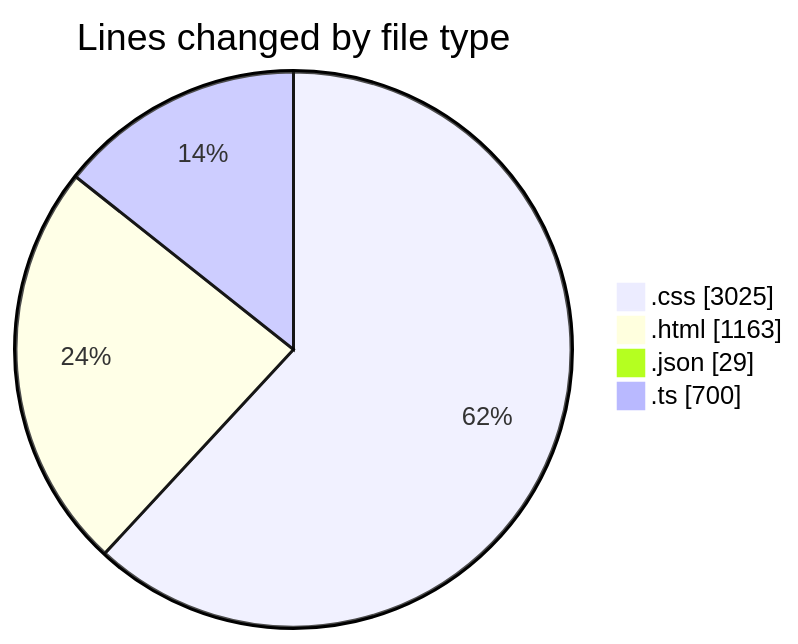
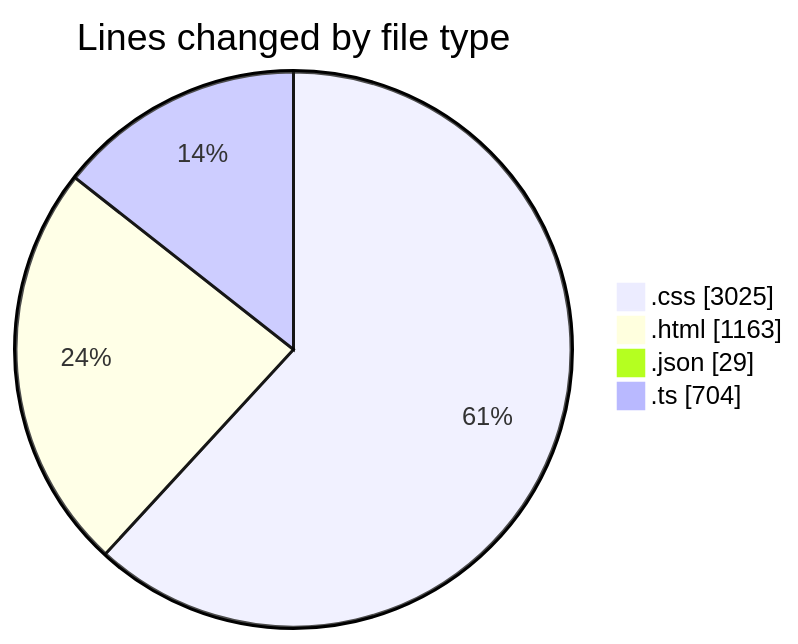
Before and after one commit to igalym/code-tracking: the first of 2 diagrams in 2025-12-30/budget_front_nest/README.md, drawn with Mermaid. The commit also changed other lines of this file and 1 other file, not shown here.

````diff
--- a/2025-12-30/budget_front_nest/README.md
+++ b/2025-12-30/budget_front_nest/README.md
@@ -33,8 +33,8 @@
 ```mermaid
 pie showData
 title Lines changed by file type
 ".css" : 3025
 ".html" : 1163
 ".json" : 29
-".ts" : 700
+".ts" : 704
 ```
````
